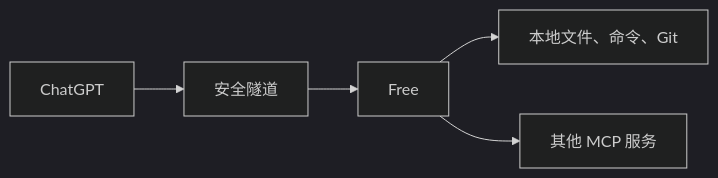
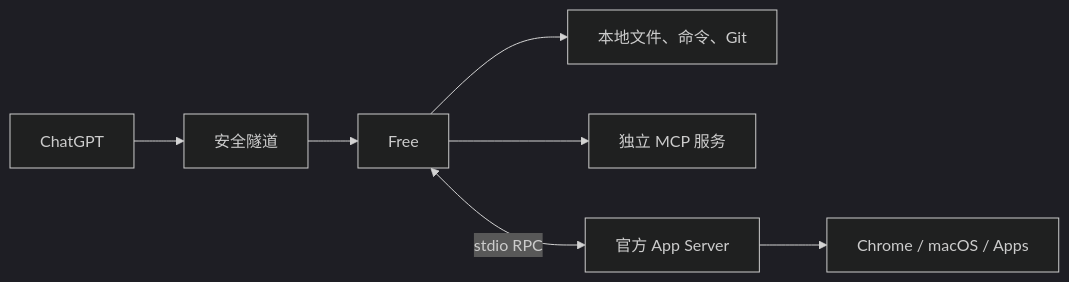
The diagram in README.md (MikeManifold/codex-free), drawn with Mermaid (dark theme) before and after one commit. The commit also changed other lines of this file and 26 other files, not shown here.

Commit message:
refactor: connect official App Server directly from Rust

````diff
--- a/README.md
+++ b/README.md
@@ -19,6 +19,8 @@
 ```mermaid
 flowchart LR
     ChatGPT --> Tunnel[安全隧道] --> Free
     Free --> Local[本地文件、命令、Git]
-    Free --> MCP[其他 MCP 服务]
+    Free --> MCP[独立 MCP 服务]
+    Free <-->|stdio RPC| AppServer[官方 App Server]
+    AppServer --> UI[Chrome / macOS / Apps]
 ```
````
